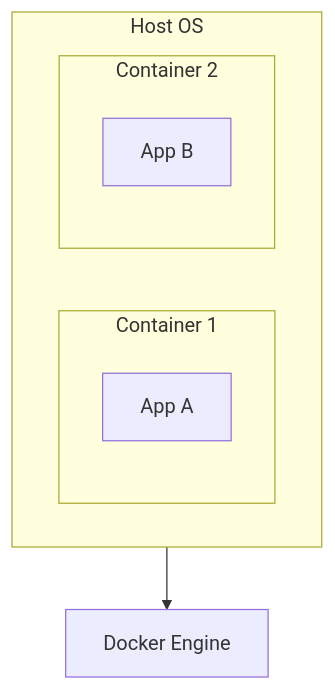
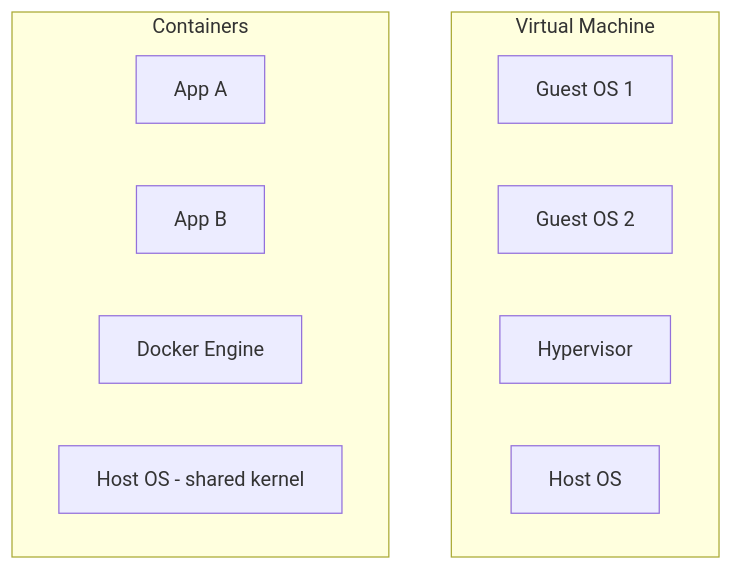
The second of 5 diagrams in devops-crash-course/docs/day-05-docker.md (suryanaveen123/devops-crash-course), drawn with Mermaid before and after one commit. The commit also changed other lines of this file, not shown here.

````diff
--- a/devops-crash-course/docs/day-05-docker.md
+++ b/devops-crash-course/docs/day-05-docker.md
@@ -15,13 +73,15 @@
 ```mermaid
 flowchart TB
-  subgraph host [Host OS]
-    subgraph c1 [Container 1]
-      App1[App A]
-    end
-    subgraph c2 [Container 2]
-      App2[App B]
-    end
+  subgraph vm [Virtual Machine]
+    GuestOS1[Guest OS 1]
+    GuestOS2[Guest OS 2]
+    Hypervisor[Hypervisor]
+    HostOS1[Host OS]
   end
-  Docker[Docker Engine]
-  host --> Docker
+  subgraph container [Containers]
+    App1[App A]
+    App2[App B]
+    DockerEngine[Docker Engine]
+    HostOS2[Host OS - shared kernel]
+  end
 ```
````
